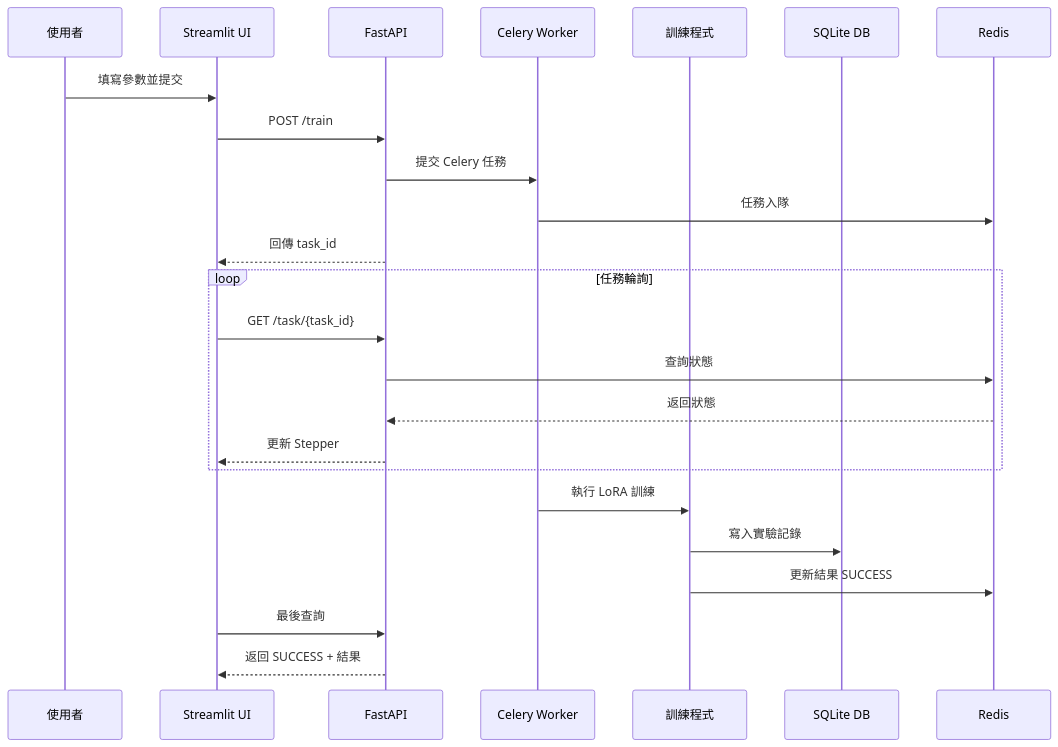
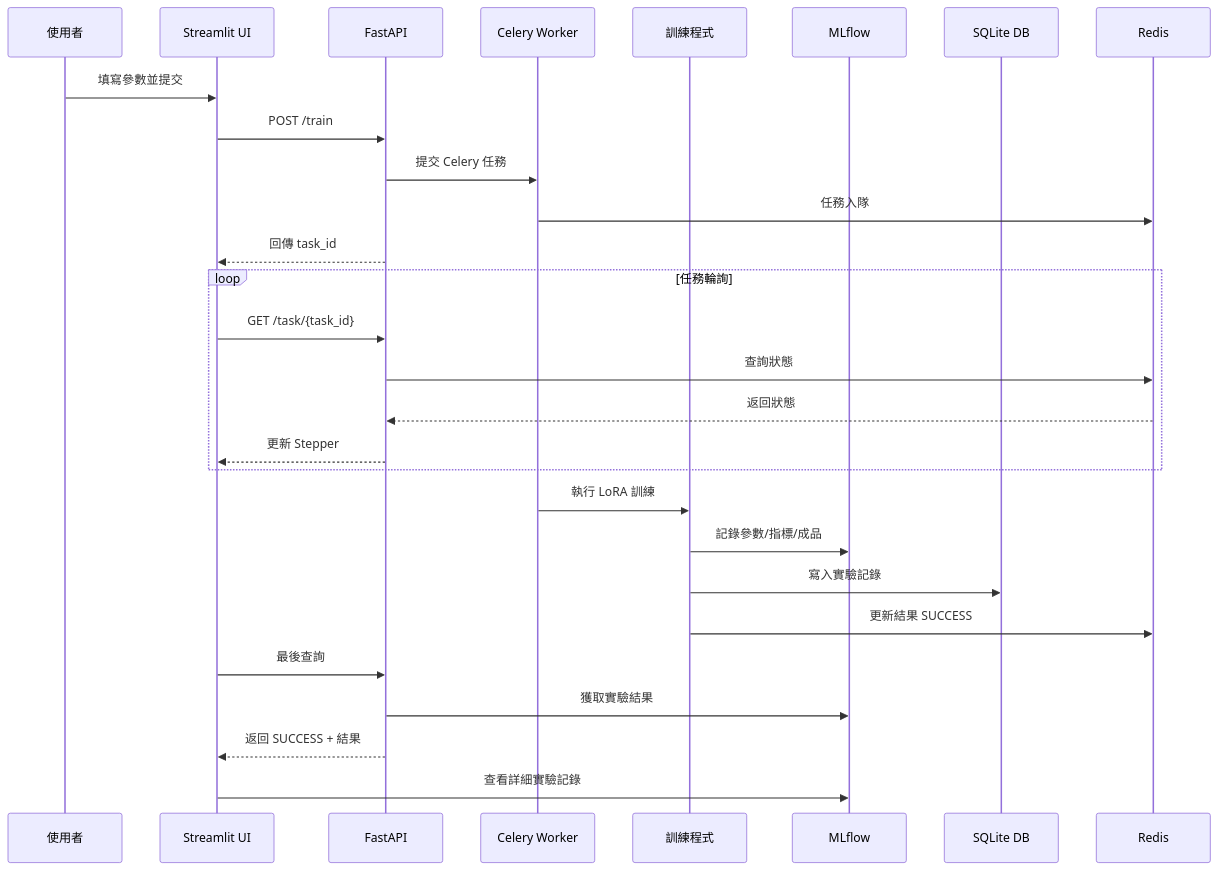
Before and after one commit to pei9564/Finetune-30-days-demo: the first of 2 diagrams in README.md, drawn with Mermaid. The commit also changed other lines of this file and 14 other files, not shown here.

````diff
--- a/README.md
+++ b/README.md
@@ -29,29 +29,33 @@
 ```mermaid
 sequenceDiagram
     participant U as 使用者
     participant UI as Streamlit UI
     participant API as FastAPI
     participant C as Celery Worker
     participant T as 訓練程式
+    participant M as MLflow
     participant DB as SQLite DB
     participant R as Redis
 
     U->>UI: 填寫參數並提交
     UI->>API: POST /train
     API->>C: 提交 Celery 任務
     C->>R: 任務入隊
     API-->>UI: 回傳 task_id
 
     loop 任務輪詢
         UI->>API: GET /task/{task_id}
         API->>R: 查詢狀態
         R-->>API: 返回狀態
         API-->>UI: 更新 Stepper
     end
 
     C->>T: 執行 LoRA 訓練
+    T->>M: 記錄參數/指標/成品
     T->>DB: 寫入實驗記錄
     T->>R: 更新結果 SUCCESS
     UI->>API: 最後查詢
+    API->>M: 獲取實驗結果
     API-->>UI: 返回 SUCCESS + 結果
+    UI->>M: 查看詳細實驗記錄
 ```
````
